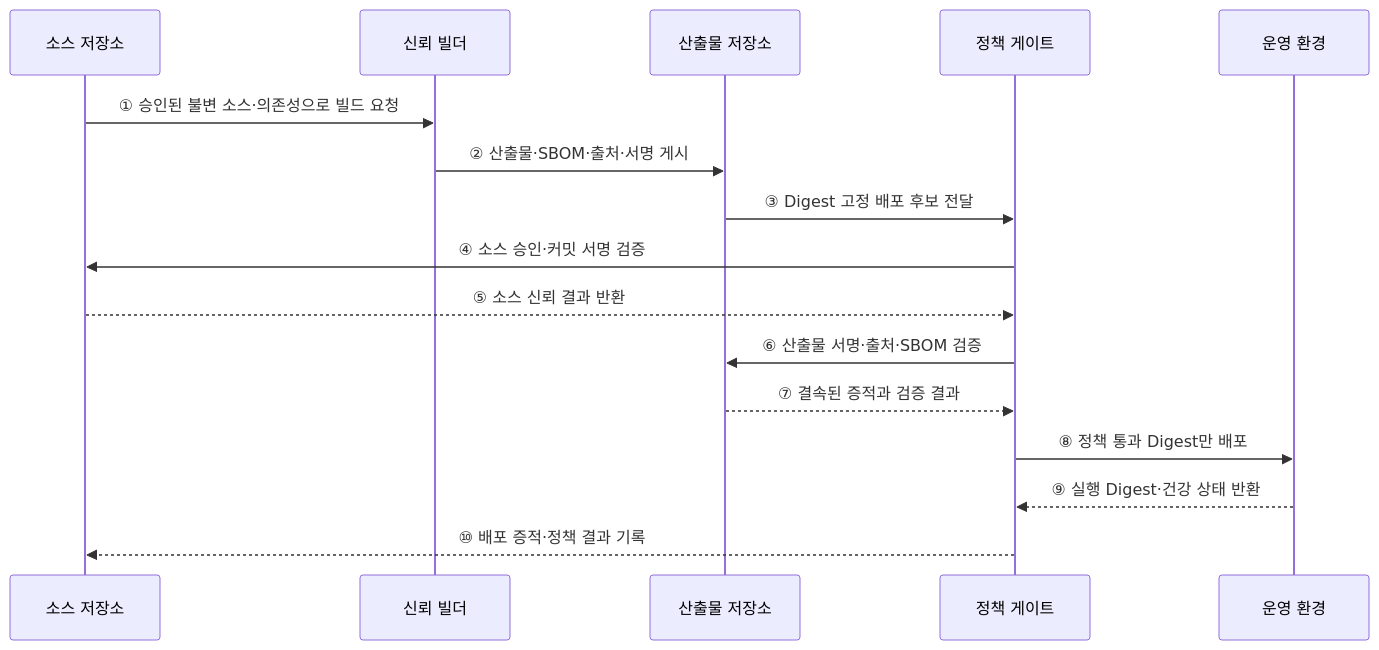
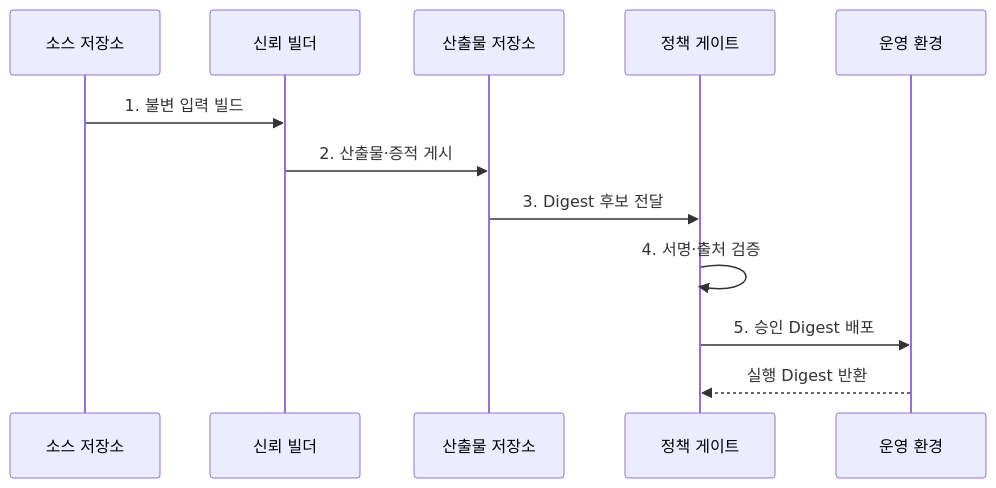
Before and after one commit to agnusdei1207/knowledge-base: the second of 2 diagrams in src/content/docs/notes/03-software/185_software_supply_chain_security.md, drawn with Mermaid. The commit also changed other lines of this file and 20 other files, not shown here.

````diff
--- a/src/content/docs/notes/03-software/185_software_supply_chain_security.md
+++ b/src/content/docs/notes/03-software/185_software_supply_chain_security.md
@@ -73,18 +84,14 @@
 ```mermaid
 sequenceDiagram
     participant S as 소스 저장소
     participant B as 신뢰 빌더
     participant R as 산출물 저장소
     participant G as 정책 게이트
     participant O as 운영 환경
-    S->>B: ① 승인된 불변 소스·의존성으로 빌드 요청
-    B->>R: ② 산출물·SBOM·출처·서명 게시
-    R->>G: ③ Digest 고정 배포 후보 전달
-    G->>S: ④ 소스 승인·커밋 서명 검증
-    S-->>G: ⑤ 소스 신뢰 결과 반환
-    G->>R: ⑥ 산출물 서명·출처·SBOM 검증
-    R-->>G: ⑦ 결속된 증적과 검증 결과
-    G->>O: ⑧ 정책 통과 Digest만 배포
-    O-->>G: ⑨ 실행 Digest·건강 상태 반환
-    G-->>S: ⑩ 배포 증적·정책 결과 기록
+    S->>B: 1. 불변 입력 빌드
+    B->>R: 2. 산출물·증적 게시
+    R->>G: 3. Digest 후보 전달
+    G->>G: 4. 서명·출처 검증
+    G->>O: 5. 승인 Digest 배포
+    O-->>G: 실행 Digest 반환
 ```
````
